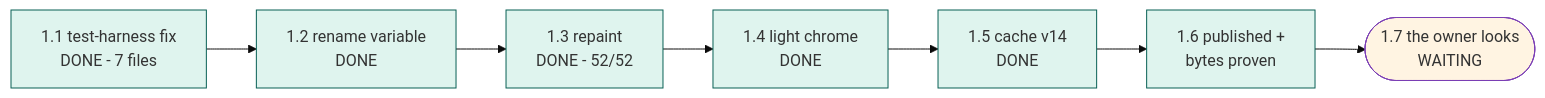
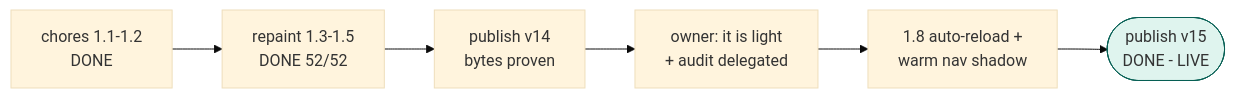
One commit to dkreinov/magic-clinic-english changed the diagram in .oplan/word-quiz-reskin/STATUS.md. Above: the diagram before and after it, drawn with Mermaid (base theme). The commit also changed other lines of this file and 5 other files, not shown here.

Commit message:
oplan: word-quiz-reskin RUN COMPLETE — v15 live (auto-reload + warm nav shadow), delegated visual audit recorded, phase closed

````diff
--- a/.oplan/word-quiz-reskin/STATUS.md
+++ b/.oplan/word-quiz-reskin/STATUS.md
@@ -9,16 +8,9 @@
 ```mermaid
 flowchart LR
-    A[1.1 test-harness fix<br/>DONE - 7 files] --> B[1.2 rename variable<br/>DONE]
-    B --> C[1.3 repaint<br/>DONE - 52/52]
-    C --> D[1.4 light chrome<br/>DONE]
-    D --> E[1.5 cache v14<br/>DONE]
-    E --> F[1.6 published +<br/>bytes proven]
-    F --> G([1.7 the owner looks<br/>WAITING])
-    style A fill:#dff4ee,stroke:#086055
-    style B fill:#dff4ee,stroke:#086055
-    style C fill:#dff4ee,stroke:#086055
-    style D fill:#dff4ee,stroke:#086055
-    style E fill:#dff4ee,stroke:#086055
+    A[chores 1.1-1.2<br/>DONE] --> B[repaint 1.3-1.5<br/>DONE 52/52]
+    B --> C[publish v14<br/>bytes proven]
+    C --> D[owner: it is light<br/>+ audit delegated]
+    D --> E[1.8 auto-reload +<br/>warm nav shadow]
+    E --> F([publish v15<br/>DONE - LIVE])
     style F fill:#dff4ee,stroke:#086055
-    style G fill:#fff4e2,stroke:#7b3fb5
 ```
````
